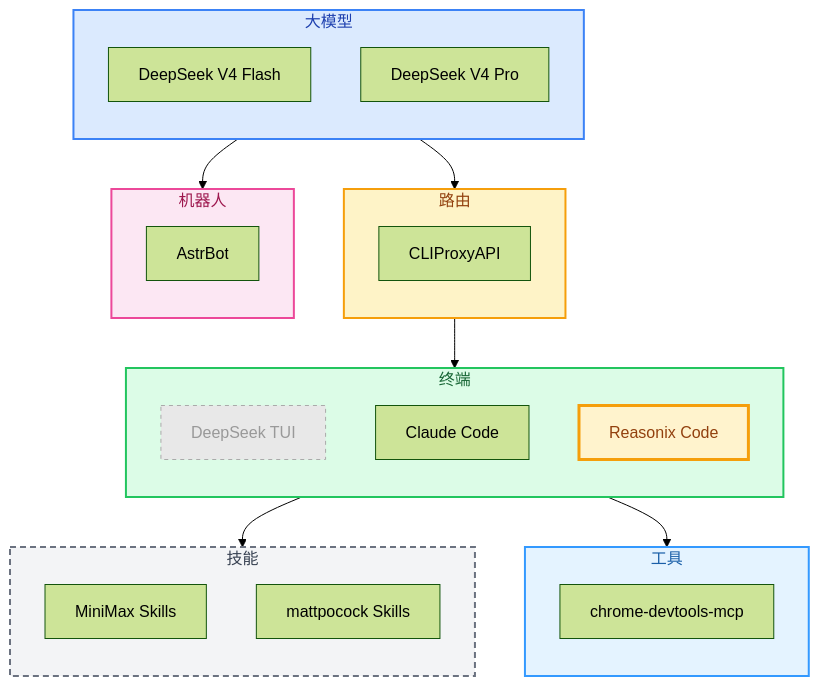
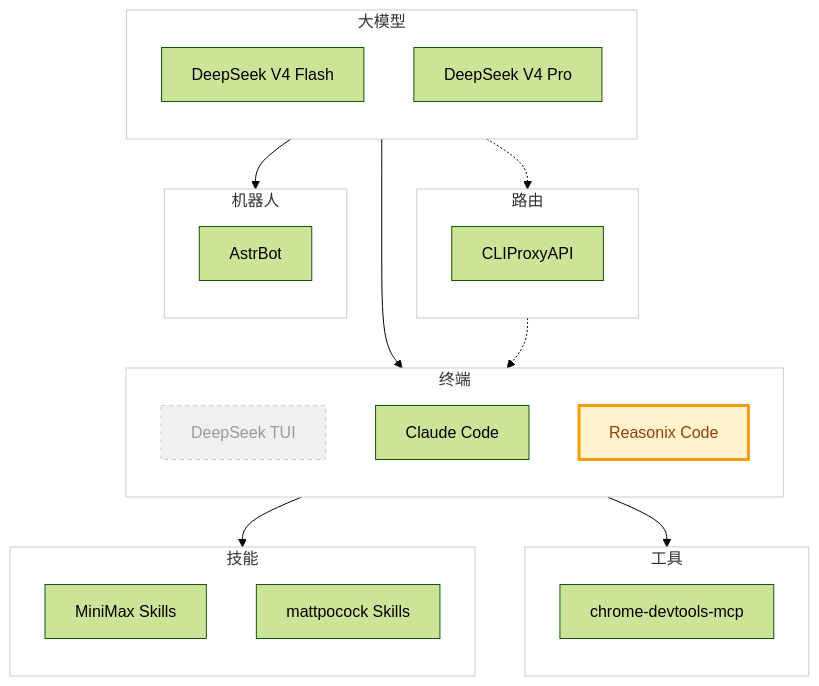
The diagram in README.md (yuanxin518/ai-path), drawn with Mermaid (forest theme) before and after one commit.

Commit message:
neutralize subgraph colors; make 路由 optional (dashed)

````diff
--- a/README.md
+++ b/README.md
@@ -23,50 +23,51 @@
 ```mermaid
 flowchart TD
     subgraph N00["大模型"]
         direction TB
         DS1["DeepSeek V4 Flash"]
         DS2["DeepSeek V4 Pro"]
     end
-    style N00 fill:#dbeafe,stroke:#3b82f6,stroke-width:2px,color:#1e40af
+    style N00 fill:#ffffff,stroke:#cccccc,stroke-width:1px,color:#333333
 
     subgraph N01["路由"]
         direction TB
         CPA["CLIProxyAPI"]
     end
-    style N01 fill:#fef3c7,stroke:#f59e0b,stroke-width:2px,color:#92400e
+    style N01 fill:#ffffff,stroke:#cccccc,stroke-width:1px,color:#333333
 
     subgraph N02["终端"]
         direction TB
         TUI["DeepSeek TUI"]
         CC["Claude Code"]
         RX["Reasonix Code"]
     end
-    style TUI fill:#e8e8e8,stroke:#aaaaaa,stroke-width:1px,stroke-dasharray:4 4,color:#999999
+    style TUI fill:#f0f0f0,stroke:#cccccc,stroke-width:1px,stroke-dasharray:4 4,color:#999999
     style RX fill:#fff3cd,stroke:#f59e0b,stroke-width:3px,color:#92400e
-    style N02 fill:#dcfce7,stroke:#22c55e,stroke-width:2px,color:#166534
+    style N02 fill:#ffffff,stroke:#cccccc,stroke-width:1px,color:#333333
 
     subgraph N03["技能"]
         direction TB
         MSK["MiniMax Skills"]
         PSK["mattpocock Skills"]
     end
-    style N03 fill:#f3f4f6,stroke:#6b7280,stroke-width:2px,stroke-dasharray:6 4,color:#374151
+    style N03 fill:#ffffff,stroke:#cccccc,stroke-width:1px,color:#333333
 
     subgraph N04["工具"]
         direction TB
         CDM["chrome-devtools-mcp"]
     end
-    style N04 fill:#e4f3ff,stroke:#3399ff,stroke-width:2px,color:#1a5fa8
+    style N04 fill:#ffffff,stroke:#cccccc,stroke-width:1px,color:#333333
 
     subgraph N05["机器人"]
         direction TB
         AB["AstrBot"]
     end
-    style N05 fill:#fce7f3,stroke:#ec4899,stroke-width:2px,color:#9d174d
+    style N05 fill:#ffffff,stroke:#cccccc,stroke-width:1px,color:#333333
 
-    N00 --> N01
-    N01 --> N02
+    N00 --> N02
+    N00 -.-> N01
+    N01 -.-> N02
     N02 --> N03
     N02 --> N04
     N00 --> N05
 ```
````
